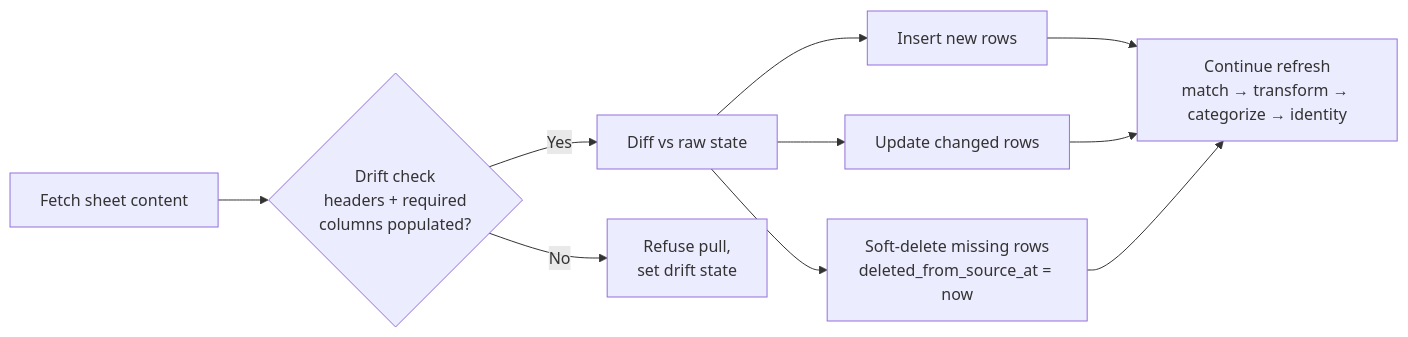
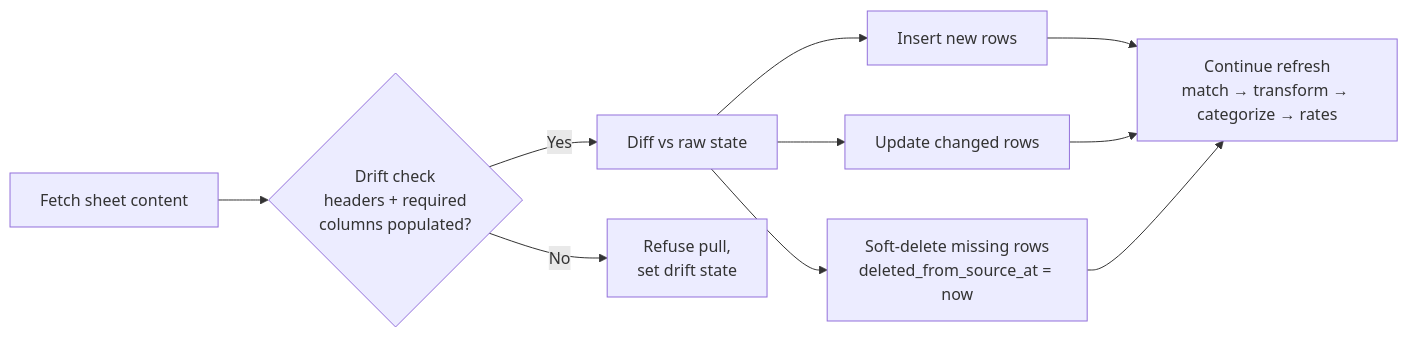
One commit to bsaffel/moneybin changed the diagram in docs/guides/connect-gsheet.md. Above: the diagram before and after it, drawn with Mermaid. The commit also changed other lines of this file and 39 other files, not shown here.

````diff
--- a/docs/guides/connect-gsheet.md
+++ b/docs/guides/connect-gsheet.md
@@ -151,12 +151,12 @@
 ```mermaid
 flowchart LR
     A[Fetch sheet content] --> B{Drift check<br/>headers + required<br/>columns populated?}
     B -->|Yes| C[Diff vs raw state]
     B -->|No| Z[Refuse pull,<br/>set drift state]
     C --> D[Insert new rows]
     C --> E[Update changed rows]
     C --> F[Soft-delete missing rows<br/>deleted_from_source_at = now]
-    D --> G[Continue refresh<br/>match → transform → categorize → identity]
+    D --> G[Continue refresh<br/>match → transform → categorize → rates]
     E --> G
     F --> G
 ```
````
